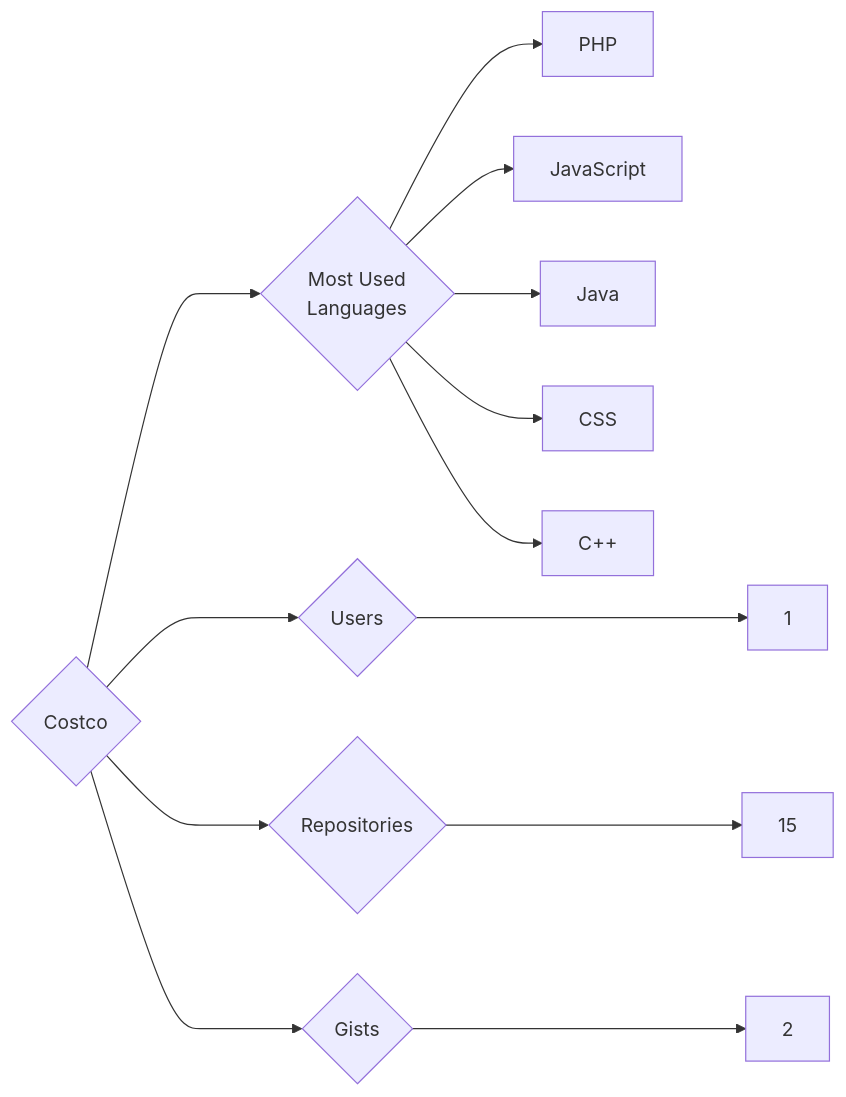
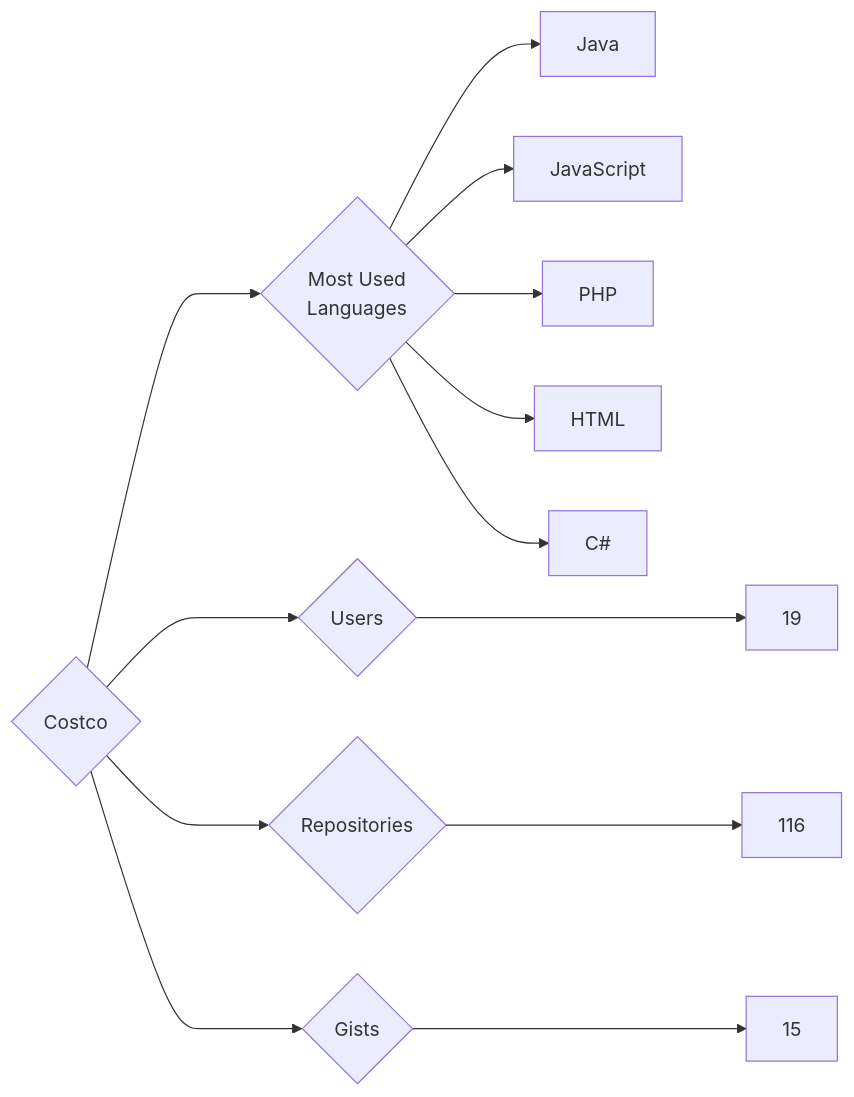
Before and after one commit to trickest/insiders: the diagram in targets/Costco/README.md, drawn with Mermaid. The commit also changed 847 other files, not shown here.

````diff
--- a/targets/Costco/README.md
+++ b/targets/Costco/README.md
@@ -3,13 +3,13 @@
 ```mermaid
 graph LR
 COMPANY_NAME{Costco}
-COMPANY_NAME ---> U{Users} ---> UN[1]
-COMPANY_NAME ---> R{Repositories} ---> RN[15]
-COMPANY_NAME ---> G{Gists} ---> GN[2]
+COMPANY_NAME ---> U{Users} ---> UN[19]
+COMPANY_NAME ---> R{Repositories} ---> RN[116]
+COMPANY_NAME ---> G{Gists} ---> GN[15]
 COMPANY_NAME ---> ML{Most Used<br>Languages}
+ML --> Java[Java]
+ML --> JavaScript[JavaScript]
 ML --> PHP[PHP]
-ML --> JavaScript[JavaScript]
-ML --> Java[Java]
-ML --> CSS[CSS]
-ML --> C++[C++]
+ML --> HTML[HTML]
+ML --> C#[C#]
 ```
````
